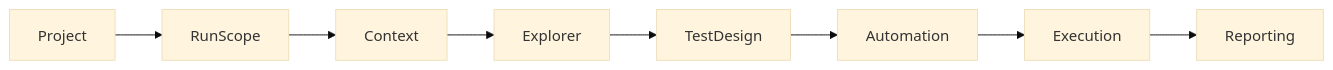
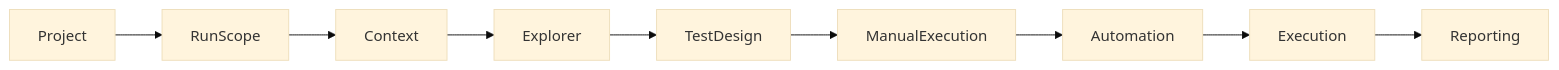
Before and after one commit to HusseinAtaHussein1/AISeatMap: the second of 5 diagrams in docs/README.md, drawn with Mermaid (base theme). The commit also changed other lines of this file and 208 other files, not shown here.

Commit message:
new agent for manual execution only

````diff
--- a/docs/README.md
+++ b/docs/README.md
@@ -127,17 +131,19 @@
 ```mermaid
 flowchart LR
 
 Project --> RunScope
 
 RunScope --> Context
 
 Context --> Explorer
 
 Explorer --> TestDesign
 
-TestDesign --> Automation
+TestDesign --> ManualExecution
+
+ManualExecution --> Automation
 
 Automation --> Execution
 
 Execution --> Reporting
 ```
````
